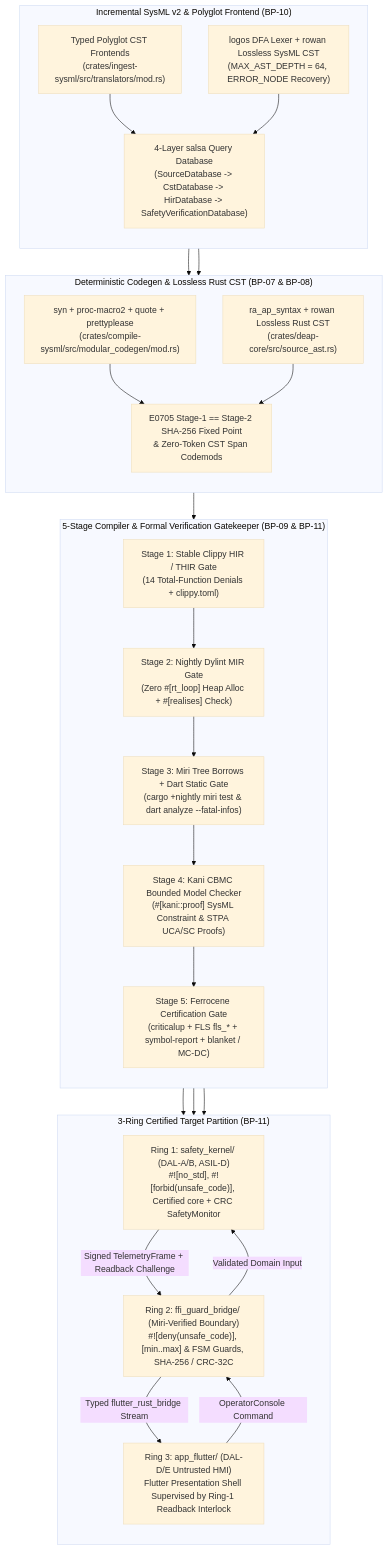
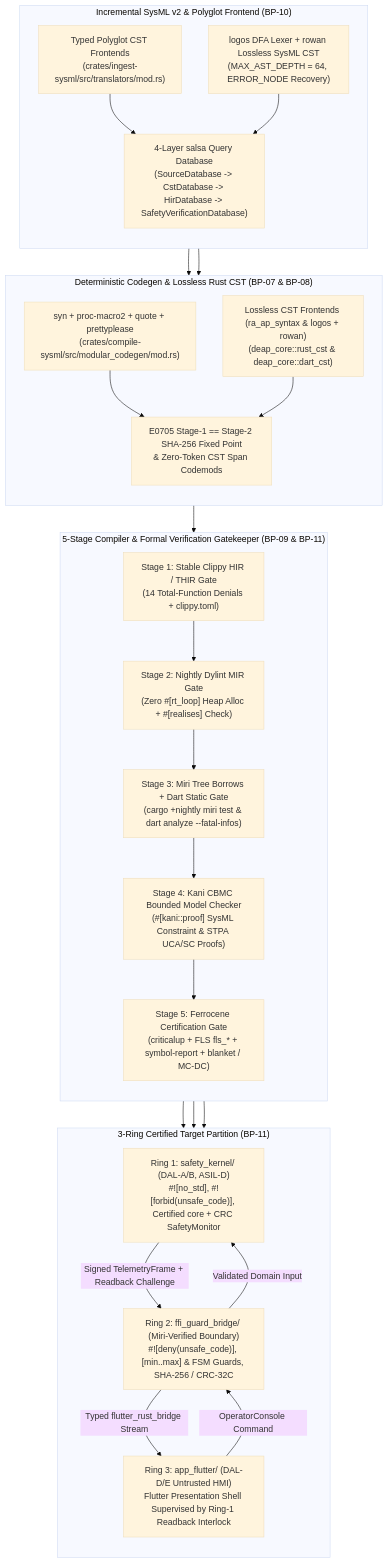
The first of 3 diagrams in docs/architecture/blueprints/DEAP_STRIX_HALO_COMPILER_NATIVE_VERIFICATION_ARCHITECTURE.md (gintatkinson/DEAP01-spec-core), drawn with Mermaid (base theme) before and after one commit. The commit also changed other lines of this file and 13 other files, not shown here.

Commit message:
docs(architecture,standards): unify coding standards and architecture blueprints onto official compiler crates

````diff
--- a/docs/architecture/blueprints/DEAP_STRIX_HALO_COMPILER_NATIVE_VERIFICATION_ARCHITECTURE.md
+++ b/docs/architecture/blueprints/DEAP_STRIX_HALO_COMPILER_NATIVE_VERIFICATION_ARCHITECTURE.md
@@ -58,48 +58,48 @@
 ```mermaid
 flowchart TD
     subgraph Frontend_Salsa["Incremental SysML v2 & Polyglot Frontend (BP-10)"]
         direction TB
         Polyglot["Typed Polyglot CST Frontends<br/>(crates/ingest-sysml/src/translators/mod.rs)"]
         LogosRowan["logos DFA Lexer + rowan Lossless SysML CST<br/>(MAX_AST_DEPTH = 64, ERROR_NODE Recovery)"]
         SalsaDB["4-Layer salsa Query Database<br/>(SourceDatabase -> CstDatabase -> HirDatabase -> SafetyVerificationDatabase)"]
         Polyglot --> SalsaDB
         LogosRowan --> SalsaDB
     end
 
     subgraph Codegen_CST["Deterministic Codegen & Lossless Rust CST (BP-07 & BP-08)"]
         direction TB
         QuoteEmit["syn + proc-macro2 + quote + prettyplease<br/>(crates/compile-sysml/src/modular_codegen/mod.rs)"]
-        RaSyntax["ra_ap_syntax + rowan Lossless Rust CST<br/>(crates/deap-core/src/source_ast.rs)"]
+        RaSyntax["Lossless CST Frontends (ra_ap_syntax & logos + rowan)<br/>(deap_core::rust_cst & deap_core::dart_cst)"]
         FixedPoint["E0705 Stage-1 == Stage-2 SHA-256 Fixed Point<br/>& Zero-Token CST Span Codemods"]
         QuoteEmit --> FixedPoint
         RaSyntax --> FixedPoint
     end
 
     subgraph FiveStage_Gate["5-Stage Compiler & Formal Verification Gatekeeper (BP-09 & BP-11)"]
         direction TB
         S1["Stage 1: Stable Clippy HIR / THIR Gate<br/>(14 Total-Function Denials + clippy.toml)"]
         S2["Stage 2: Nightly Dylint MIR Gate<br/>(Zero #[rt_loop] Heap Alloc + #[realises] Check)"]
         S3["Stage 3: Miri Tree Borrows + Dart Static Gate<br/>(cargo +nightly miri test & dart analyze --fatal-infos)"]
         S4["Stage 4: Kani CBMC Bounded Model Checker<br/>(#[kani::proof] SysML Constraint & STPA UCA/SC Proofs)"]
         S5["Stage 5: Ferrocene Certification Gate<br/>(criticalup + FLS fls_* + symbol-report + blanket / MC-DC)"]
         S1 --> S2 --> S3 --> S4 --> S5
     end
 
     subgraph ThreeRing_Target["3-Ring Certified Target Partition (BP-11)"]
         direction TB
         R1["Ring 1: safety_kernel/ (DAL-A/B, ASIL-D)<br/>#![no_std], #![forbid(unsafe_code)], Certified core + CRC SafetyMonitor"]
         R2["Ring 2: ffi_guard_bridge/ (Miri-Verified Boundary)<br/>#![deny(unsafe_code)], [min..max] & FSM Guards, SHA-256 / CRC-32C"]
         R3["Ring 3: app_flutter/ (DAL-D/E Untrusted HMI)<br/>Flutter Presentation Shell Supervised by Ring-1 Readback Interlock"]
         R3 -->|"OperatorConsole Command"| R2
         R2 -->|"Validated Domain Input"| R1
         R1 -->|"Signed TelemetryFrame + Readback Challenge"| R2
         R2 -->|"Typed flutter_rust_bridge Stream"| R3
     end
 
     SalsaDB --> QuoteEmit
     SalsaDB --> RaSyntax
     FixedPoint --> S1
     S5 --> R1
     S5 --> R2
     S5 --> R3
 ```
````
